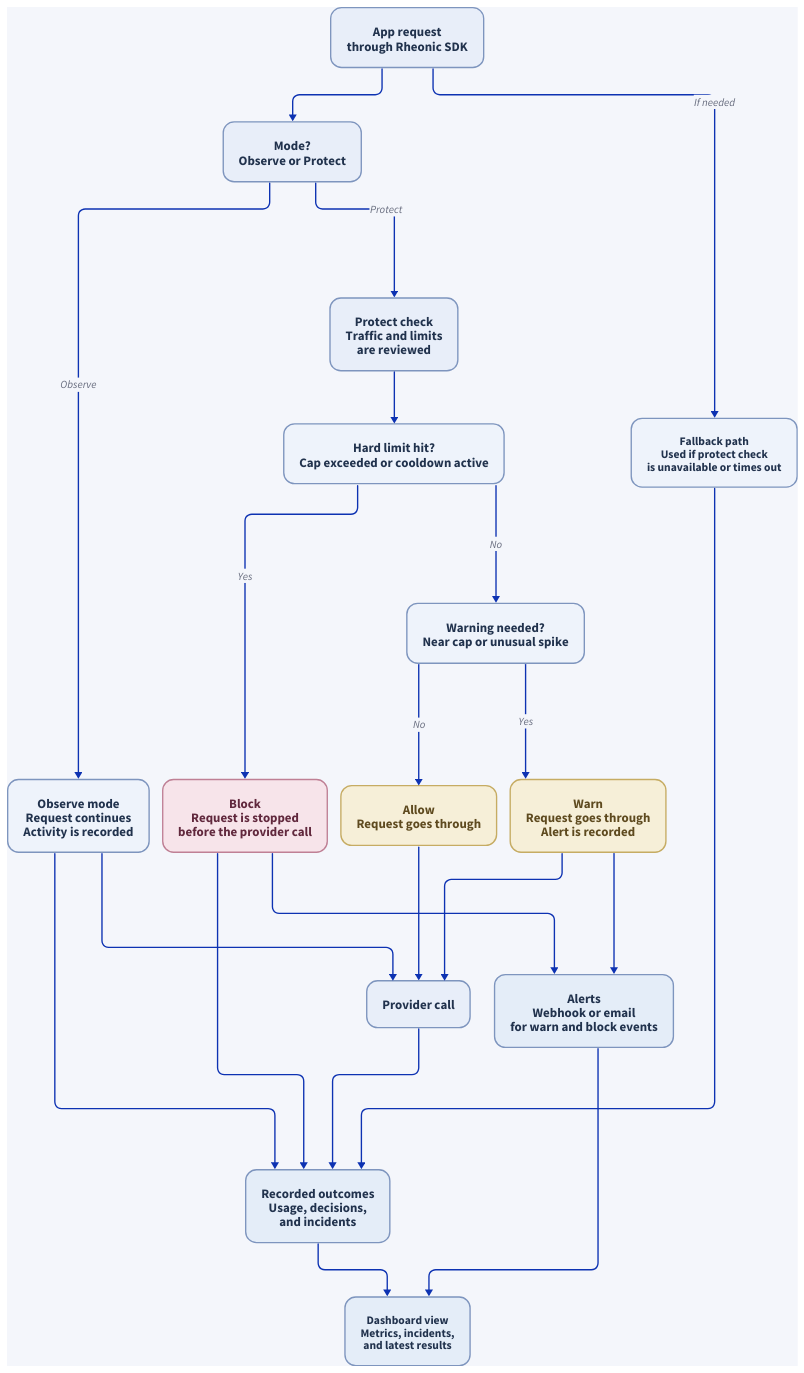
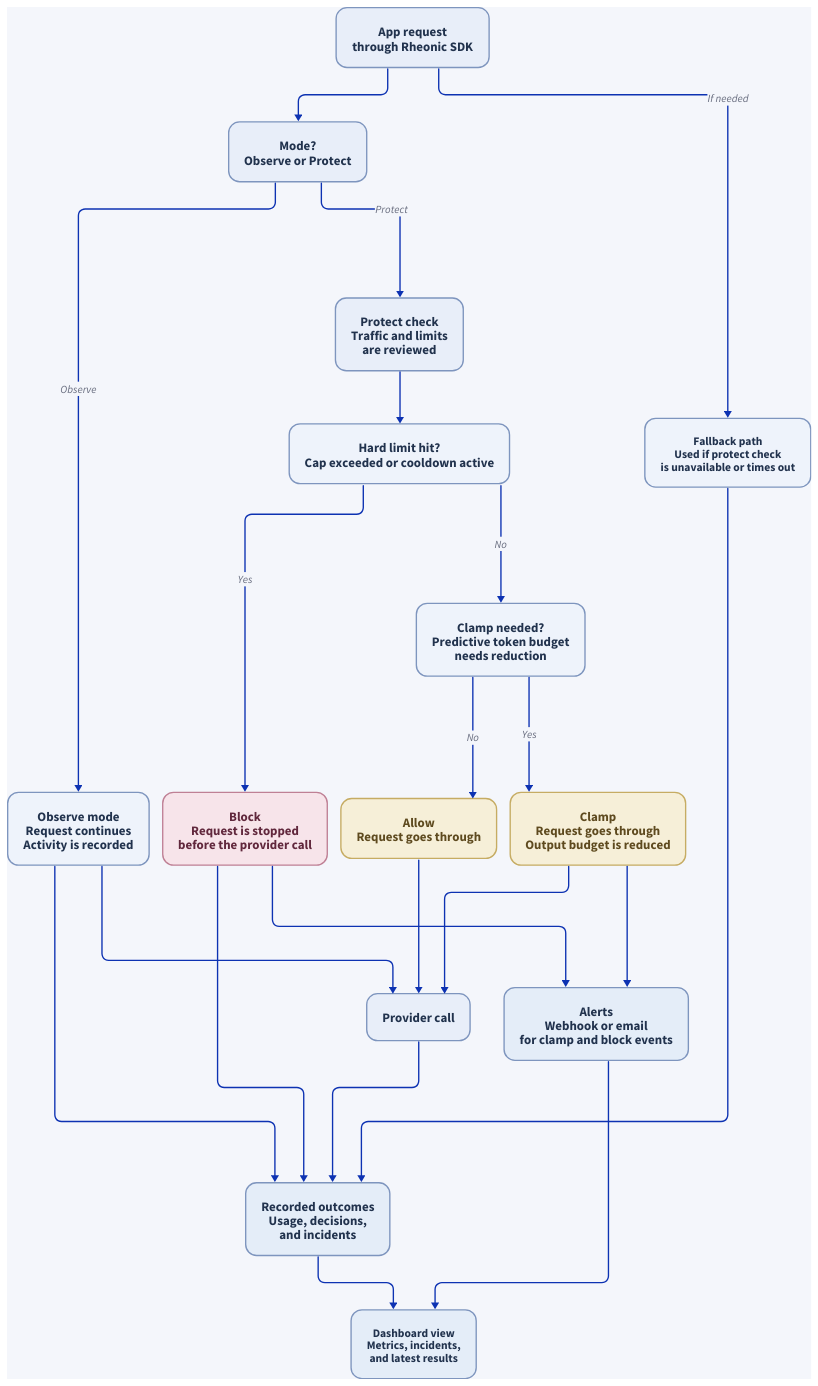
One commit to MichaelTelvin/Rheonic changed the diagram in docs/architecture/protect_decision_flow.d2. Above: the diagram before and after it, drawn with D2. The commit also changed 3 other files, not shown here.

Commit message:
charts update

```diff
--- a/docs/architecture/protect_decision_flow.d2
+++ b/docs/architecture/protect_decision_flow.d2
@@ -1,174 +1,174 @@
 direction: down
 
 vars: {
   d2-config: {
     pad: 10
     sketch: false
     layout-engine: elk
   }
 }
 
 style: {
   fill: "#f4f6fb"
 }
 
 app_call: "App request\nthrough Rheonic SDK" {
   style: {
     fill: "#e8eef9"
     stroke: "#7e95be"
     font-color: "#21324d"
     border-radius: 16
     font-size: 19
   }
 }
 
 mode_gate: "Mode?\nObserve or Protect" {
   style: {
     fill: "#e8eef9"
     stroke: "#7e95be"
     font-color: "#21324d"
     border-radius: 16
     font-size: 19
   }
 }
 
 observe: "Observe mode\nRequest continues\nActivity is recorded" {
   style: {
     fill: "#eef3fb"
     stroke: "#7e95be"
     font-color: "#21324d"
     border-radius: 16
     font-size: 19
   }
 }
 
 preflight: "Protect check\nTraffic and limits\nare reviewed" {
   style: {
     fill: "#e8eef9"
     stroke: "#7e95be"
     font-color: "#21324d"
     border-radius: 16
     font-size: 19
   }
 }
 
 hard_limit: "Hard limit hit?\nCap exceeded or cooldown active" {
   style: {
     fill: "#eef3fb"
     stroke: "#7e95be"
     font-color: "#21324d"
     border-radius: 16
     font-size: 19
   }
 }
 
-risk_check: "Warning needed?\nNear cap or unusual spike" {
+clamp_check: "Clamp needed?\nPredictive token budget\nneeds reduction" {
   style: {
     fill: "#eef3fb"
     stroke: "#7e95be"
     font-color: "#21324d"
     border-radius: 16
     font-size: 19
   }
 }
 
 allow: "Allow\nRequest goes through" {
   style: {
     fill: "#f6efd8"
     stroke: "#c6ac63"
     font-color: "#5e4a1f"
     border-radius: 16
     font-size: 19
   }
 }
 
-warn: "Warn\nRequest goes through\nAlert is recorded" {
+clamp: "Clamp\nRequest goes through\nOutput budget is reduced" {
   style: {
     fill: "#f6efd8"
     stroke: "#c6ac63"
     font-color: "#5e4a1f"
     border-radius: 16
     font-size: 19
   }
 }
 
 block: "Block\nRequest is stopped\nbefore the provider call" {
   style: {
     fill: "#f7e4ea"
     stroke: "#bf8095"
     font-color: "#61283d"
     border-radius: 16
     font-size: 19
   }
 }
 
 provider: "Provider call" {
   style: {
     fill: "#e8eef9"
     stroke: "#7e95be"
     font-color: "#21324d"
     border-radius: 16
     font-size: 19
   }
 }
 
-alerts: "Alerts\nWebhook or email\nfor warn and block events" {
+alerts: "Alerts\nWebhook or email\nfor clamp and block events" {
   style: {
     fill: "#e4edf8"
     stroke: "#7e95be"
     font-color: "#21324d"
     border-radius: 16
     font-size: 19
   }
 }
 
 recording: "Recorded outcomes\nUsage, decisions,\nand incidents" {
   style: {
     fill: "#e4edf8"
     stroke: "#7e95be"
     font-color: "#21324d"
     border-radius: 16
     font-size: 19
   }
 }
 
 fallback: "Fallback path\nUsed if protect check\nis unavailable or times out" {
   style: {
     fill: "#eef3fb"
     stroke: "#7e95be"
     font-color: "#21324d"
     border-radius: 16
     font-size: 17
   }
 }
 
 dashboard: "Dashboard view\nMetrics, incidents,\nand latest results" {
   style: {
     fill: "#e4edf8"
     stroke: "#7e95be"
     font-color: "#21324d"
     border-radius: 16
     font-size: 17
   }
 }
 
 app_call -> mode_gate
 mode_gate -> observe: "Observe"
 mode_gate -> preflight: "Protect"
 observe -> provider
 preflight -> hard_limit
 hard_limit -> block: "Yes"
-hard_limit -> risk_check: "No"
-risk_check -> warn: "Yes"
-risk_check -> allow: "No"
+hard_limit -> clamp_check: "No"
+clamp_check -> clamp: "Yes"
+clamp_check -> allow: "No"
 allow -> provider
-warn -> provider
-warn -> alerts
+clamp -> provider
+clamp -> alerts
 block -> alerts
 provider -> recording
 observe -> recording
 block -> recording
 app_call -> fallback: "If needed"
 fallback -> recording
 recording -> dashboard
 alerts -> dashboard
```
